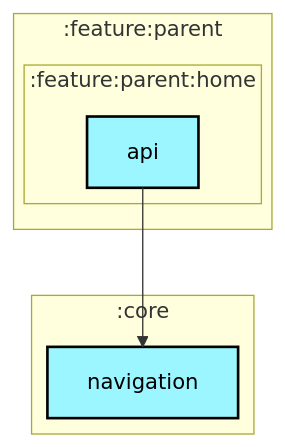
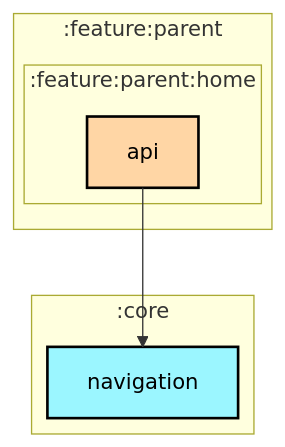
The first of 2 diagrams in architecture/ParentalControlApps/feature/parent/home/api/README.md (jadavchirag/jadavchirag), drawn with Mermaid before and after one commit. The commit also changed 26 other files, not shown here.

Commit message:
fixed feature module colors in graphs

````diff
--- a/architecture/ParentalControlApps/feature/parent/home/api/README.md
+++ b/architecture/ParentalControlApps/feature/parent/home/api/README.md
@@ -6,29 +6,29 @@
 ```mermaid
 ---
 config:
   layout: elk
   elk:
     nodePlacementStrategy: SIMPLE
 ---
 graph TB
   subgraph :feature:parent
     direction TB
     subgraph :feature:parent:home
       direction TB
-      :feature:parent:home:api[api]:::android-library
+      :feature:parent:home:api[api]:::android-feature
     end
   end
   subgraph :core
     direction TB
     :core:navigation[navigation]:::android-library
   end
 
   :feature:parent:home:api --> :core:navigation
 
 classDef android-application fill:#CAFFBF,stroke:#000,stroke-width:2px,color:#000;
 classDef android-feature fill:#FFD6A5,stroke:#000,stroke-width:2px,color:#000;
 classDef android-library fill:#9BF6FF,stroke:#000,stroke-width:2px,color:#000;
 classDef android-test fill:#A0C4FF,stroke:#000,stroke-width:2px,color:#000;
 classDef jvm-library fill:#BDB2FF,stroke:#000,stroke-width:2px,color:#000;
 classDef unknown fill:#FFADAD,stroke:#000,stroke-width:2px,color:#000;
 ```
````
